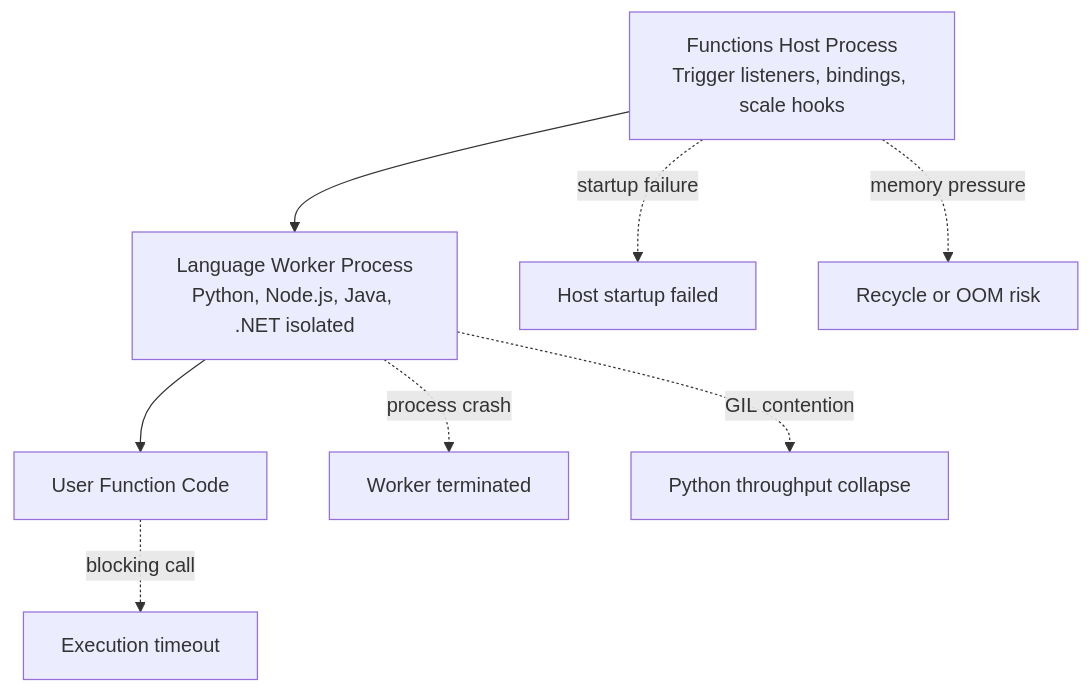
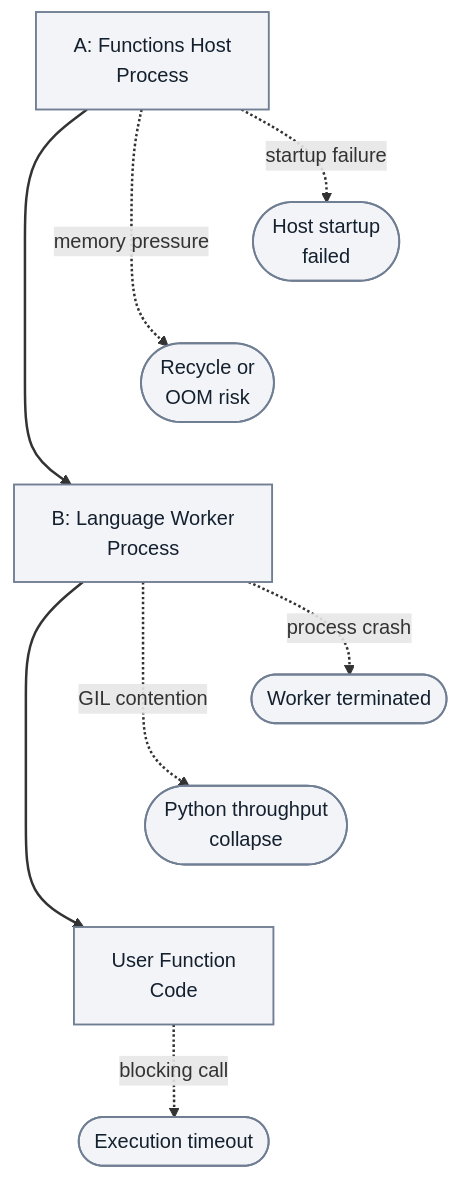
Before and after one commit to yeongseon/azure-functions-practical-guide: the second of 6 diagrams in docs/troubleshooting/request-flow-for-incident-response.md, drawn with Mermaid. The commit also changed other lines of this file and 1 other file, not shown here.

First line of the commit message:
docs(diagrams): improve incident-response flows and record storage-map blocker (#457)

````diff
--- a/docs/troubleshooting/request-flow-for-incident-response.md
+++ b/docs/troubleshooting/request-flow-for-incident-response.md
@@ -157,11 +174,21 @@
 ```mermaid
-flowchart TB
-    A[Functions Host Process\nTrigger listeners, bindings, scale hooks] --> B[Language Worker Process\nPython, Node.js, Java, .NET isolated]
-    B --> C[User Function Code]
+flowchart TD
+    accTitle: Host and worker failure checkpoints
+    accDescr: Illustrative out-of-process model separating host, language worker and user code, with startup, crash, Python contention, memory and blocking-call hypotheses. This is not a measured execution.
+    A["A: Functions Host<br/>Process"] --> B["B: Language Worker<br/>Process"]
+    B --> C["User Function<br/>Code"]
 
-    A -. startup failure .-> X1[Host startup failed]
-    B -. process crash .-> X2[Worker terminated]
-    B -. GIL contention .-> X3[Python throughput collapse]
-    A -. memory pressure .-> X4[Recycle or OOM risk]
-    C -. blocking call .-> X5[Execution timeout]
+    A -. "startup failure" .-> X1(["Host startup<br/>failed"])
+    B -. "process crash" .-> X2(["Worker terminated"])
+    B -. "GIL contention" .-> X3(["Python throughput<br/>collapse"])
+    A -. "memory pressure" .-> X4(["Recycle or<br/>OOM risk"])
+    C -. "blocking call" .-> X5(["Execution timeout"])
+    %% Layout-only links serialize callouts; they add no diagnostic steps or arrows.
+    X1 ~~~ X4
+    X4 ~~~ B
+    X2 ~~~ X3
+    X3 ~~~ C
+    classDef neutral fill:#f2f4f8,stroke:#707e93,stroke-width:1.5px,color:#14202e;
+    class A,B,C,X1,X2,X3,X4,X5 neutral;
+    linkStyle default stroke-width:2px;
 ```
````
